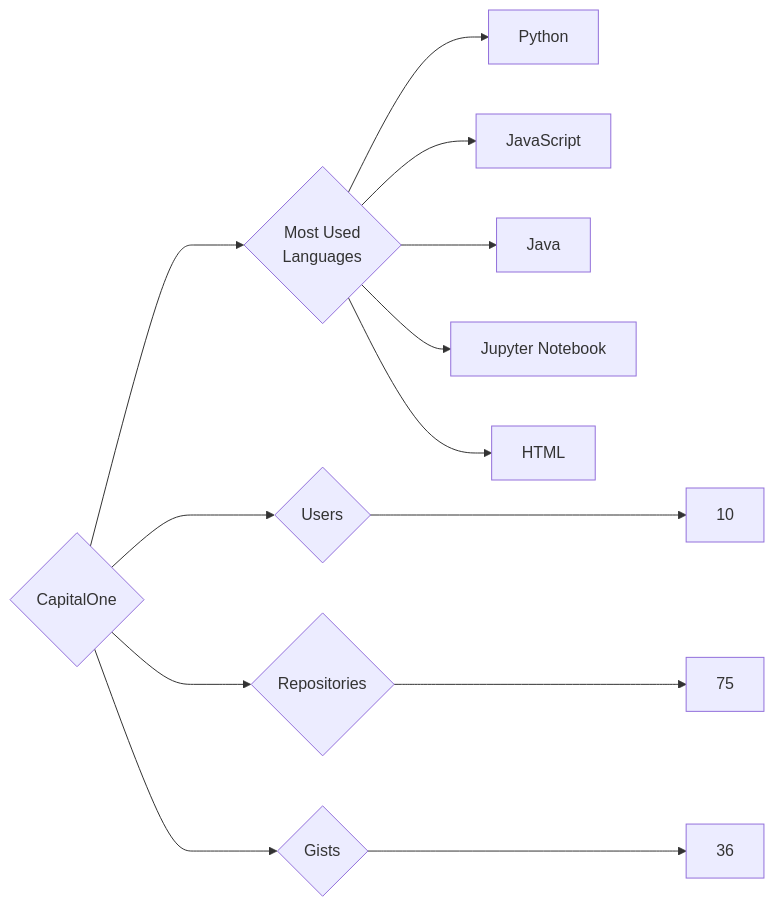
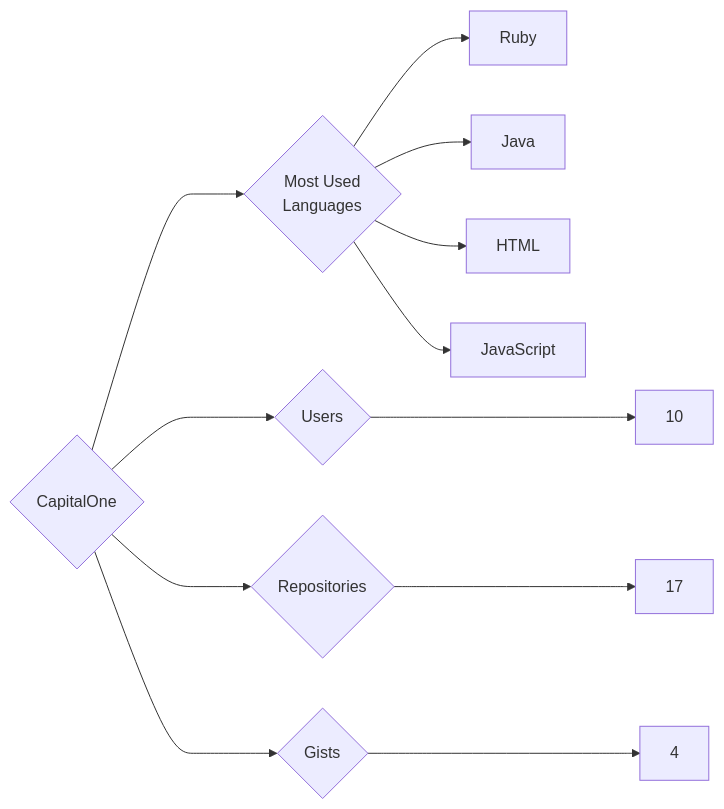
One commit to trickest/insiders changed the diagram in targets/CapitalOne/README.md. Above: the diagram before and after it, drawn with Mermaid. The commit also changed 1078 other files, not shown here.

````diff
--- a/targets/CapitalOne/README.md
+++ b/targets/CapitalOne/README.md
@@ -3,13 +3,12 @@
 ```mermaid
 graph LR
 COMPANY_NAME{CapitalOne}
 COMPANY_NAME ---> U{Users} ---> UN[10]
-COMPANY_NAME ---> R{Repositories} ---> RN[75]
-COMPANY_NAME ---> G{Gists} ---> GN[36]
+COMPANY_NAME ---> R{Repositories} ---> RN[17]
+COMPANY_NAME ---> G{Gists} ---> GN[4]
 COMPANY_NAME ---> ML{Most Used<br>Languages}
-ML --> Python[Python]
+ML --> Ruby[Ruby]
+ML --> Java[Java]
+ML --> HTML[HTML]
 ML --> JavaScript[JavaScript]
-ML --> Java[Java]
-ML --> Jupyter_Notebook[Jupyter Notebook]
-ML --> HTML[HTML]
 ```
````
